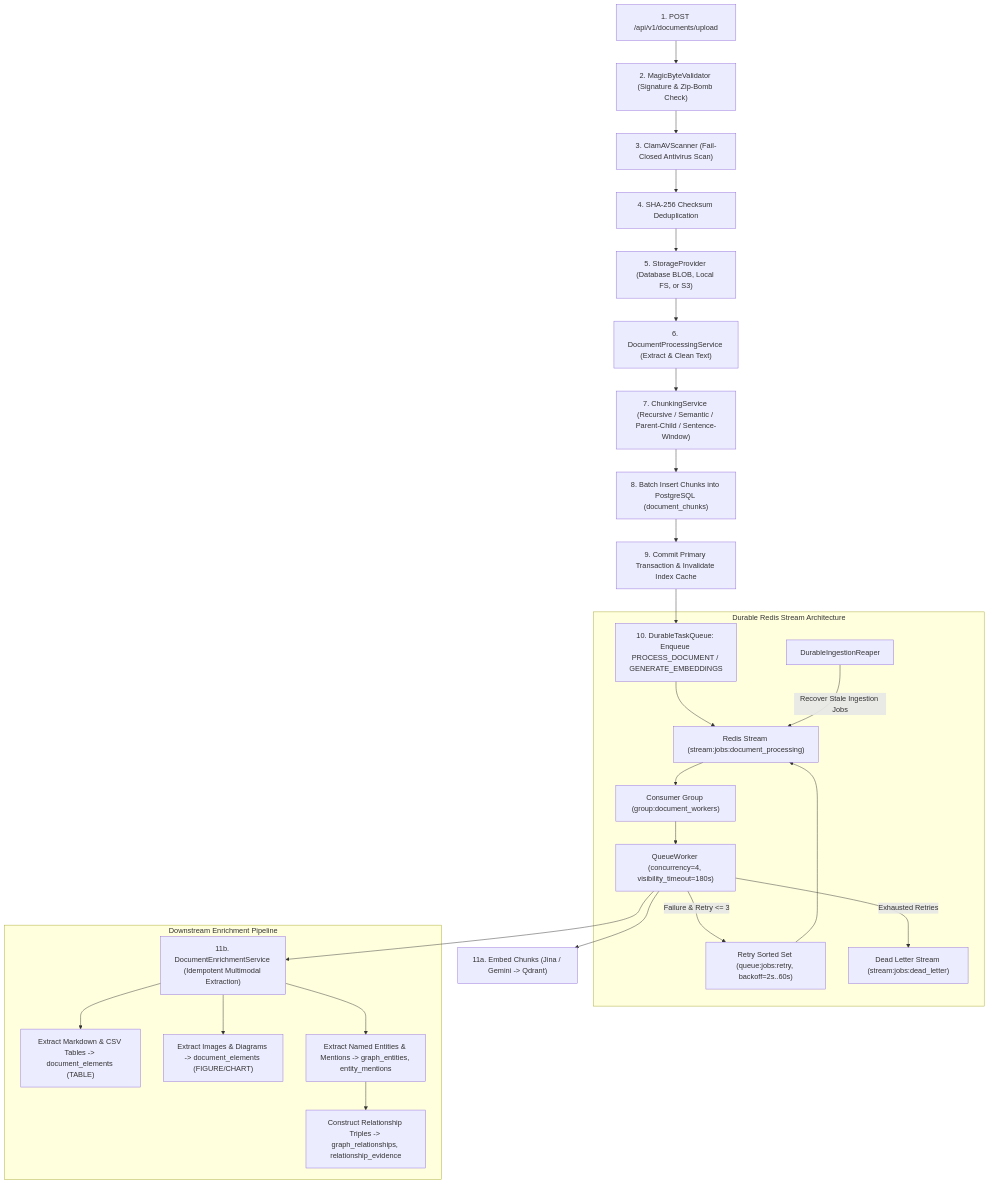
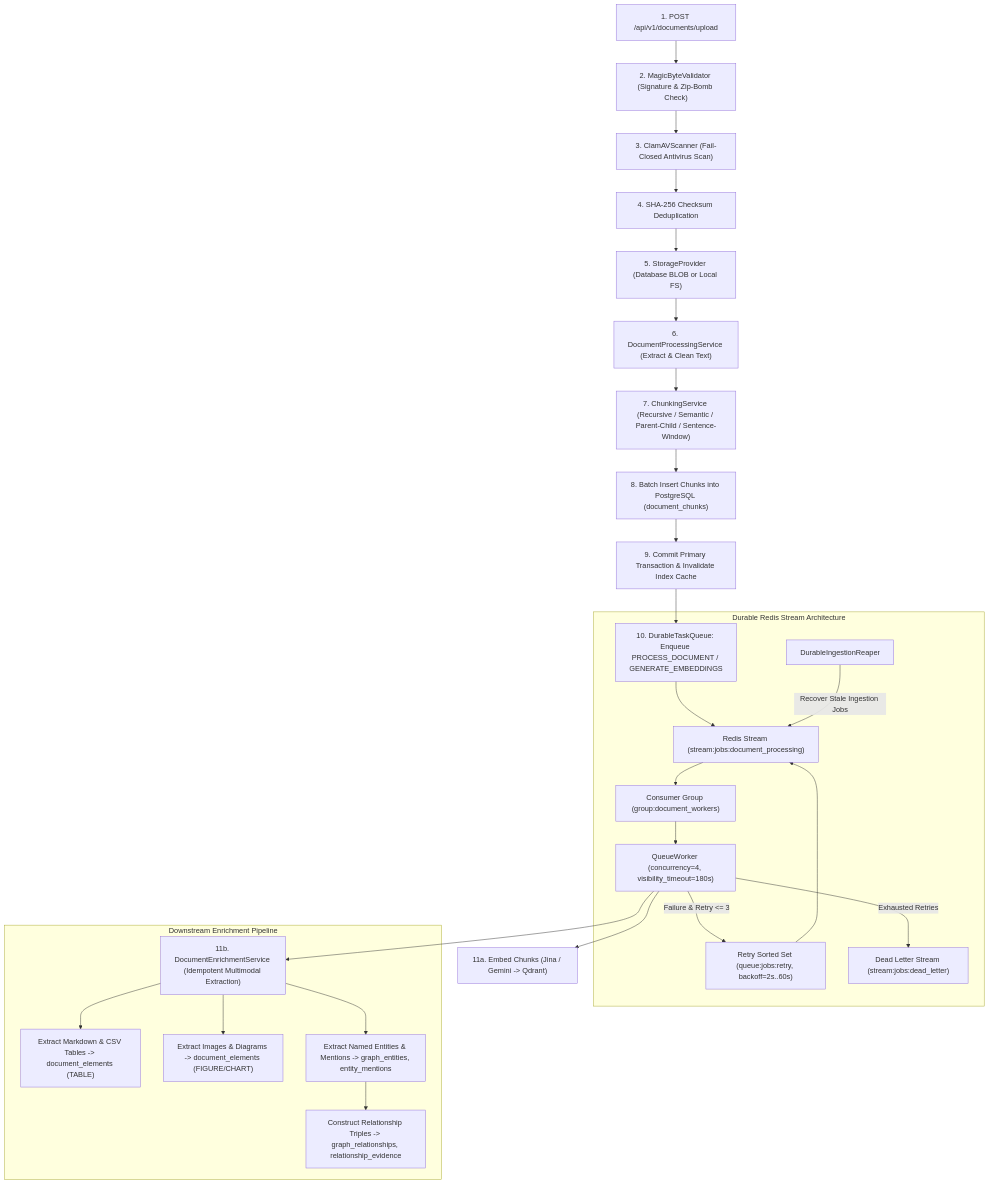
The second of 7 diagrams in ARCHITECTURE.md (Satya-Naraharisetty/FusionRAG), drawn with Mermaid before and after one commit. The commit also changed other lines of this file and 7 other files, not shown here.

Commit message:
feat: implement core backend structure, environment configuration, and telemetry sanitization while refining storage provider architecture.

````diff
--- a/ARCHITECTURE.md
+++ b/ARCHITECTURE.md
@@ -46,33 +46,33 @@
 ```mermaid
 flowchart TD
     Upload["1. POST /api/v1/documents/upload"] --> Magic["2. MagicByteValidator (Signature & Zip-Bomb Check)"]
     Magic --> Malware["3. ClamAVScanner (Fail-Closed Antivirus Scan)"]
     Malware --> Checksum["4. SHA-256 Checksum Deduplication"]
-    Checksum --> Storage["5. StorageProvider (Database BLOB, Local FS, or S3)"]
+    Checksum --> Storage["5. StorageProvider (Database BLOB or Local FS)"]
     Storage --> PrimaryProc["6. DocumentProcessingService (Extract & Clean Text)"]
     PrimaryProc --> Chunk["7. ChunkingService (Recursive / Semantic / Parent-Child / Sentence-Window)"]
     Chunk --> SaveDB["8. Batch Insert Chunks into PostgreSQL (document_chunks)"]
     SaveDB --> Complete["9. Commit Primary Transaction & Invalidate Index Cache"]
     
     Complete --> DispatchQueue["10. DurableTaskQueue: Enqueue PROCESS_DOCUMENT / GENERATE_EMBEDDINGS"]
     
     subgraph QueueWorkerArchitecture ["Durable Redis Stream Architecture"]
         DispatchQueue --> Stream["Redis Stream (stream:jobs:document_processing)"]
         Stream --> ConsumerGroup["Consumer Group (group:document_workers)"]
         ConsumerGroup --> Worker["QueueWorker (concurrency=4, visibility_timeout=180s)"]
         Worker -->|Failure & Retry <= 3| RetryQueue["Retry Sorted Set (queue:jobs:retry, backoff=2s..60s)"]
         RetryQueue --> Stream
         Worker -->|Exhausted Retries| DeadLetter["Dead Letter Stream (stream:jobs:dead_letter)"]
         Reaper["DurableIngestionReaper"] -->|Recover Stale Ingestion Jobs| Stream
     end
 
     Worker --> EmbedJob["11a. Embed Chunks (Jina / Gemini -> Qdrant)"]
     Worker --> EnrichJob["11b. DocumentEnrichmentService (Idempotent Multimodal Extraction)"]
     
     subgraph AsyncEnrichment ["Downstream Enrichment Pipeline"]
         EnrichJob --> ExtractTables["Extract Markdown & CSV Tables -> document_elements (TABLE)"]
         EnrichJob --> ExtractFigures["Extract Images & Diagrams -> document_elements (FIGURE/CHART)"]
         EnrichJob --> ExtractEntities["Extract Named Entities & Mentions -> graph_entities, entity_mentions"]
         ExtractEntities --> ExtractTriples["Construct Relationship Triples -> graph_relationships, relationship_evidence"]
     end
 ```
````
